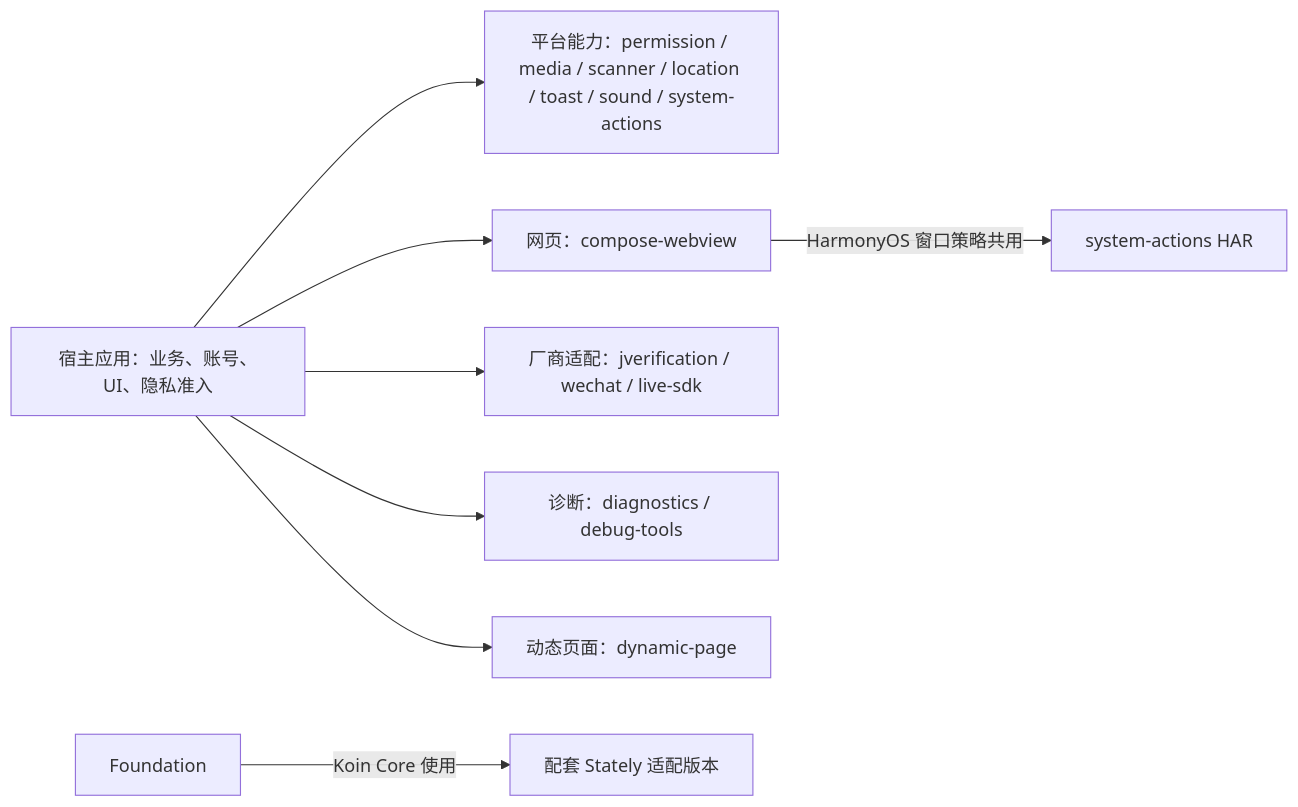
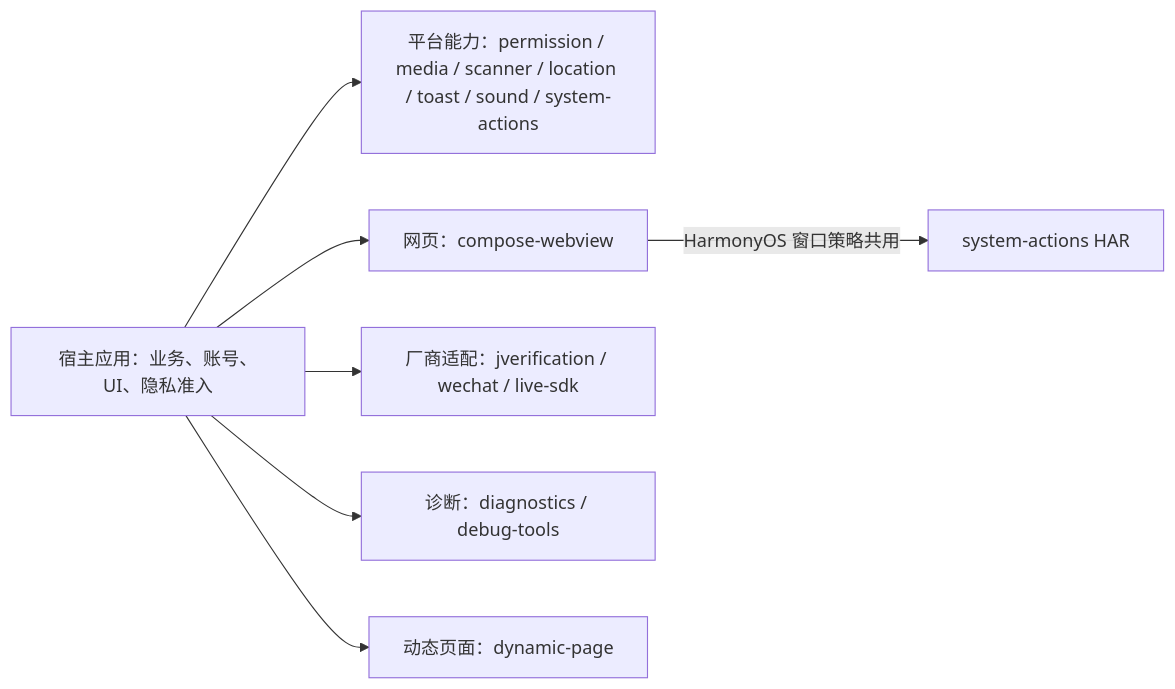
Before and after one commit to gycrosskit/.github: the first of 2 diagrams in profile/README.md, drawn with Mermaid. The commit also changed other lines of this file and 4 other files, not shown here.

````diff
--- a/profile/README.md
+++ b/profile/README.md
@@ -17,10 +17,9 @@
 ```mermaid
 flowchart LR
     App["宿主应用：业务、账号、UI、隐私准入"] --> Platform["平台能力：permission / media / scanner / location / toast / sound / system-actions"]
     App --> Web["网页：compose-webview"]
     App --> Vendor["厂商适配：jverification / wechat / live-sdk"]
     App --> Diagnostics["诊断：diagnostics / debug-tools"]
     App --> Dynamic["动态页面：dynamic-page"]
     Web -->|"HarmonyOS 窗口策略共用"| Window["system-actions HAR"]
-    Foundation -->|"Koin Core 使用"| Stately["配套 Stately 适配版本"]
 ```
````
